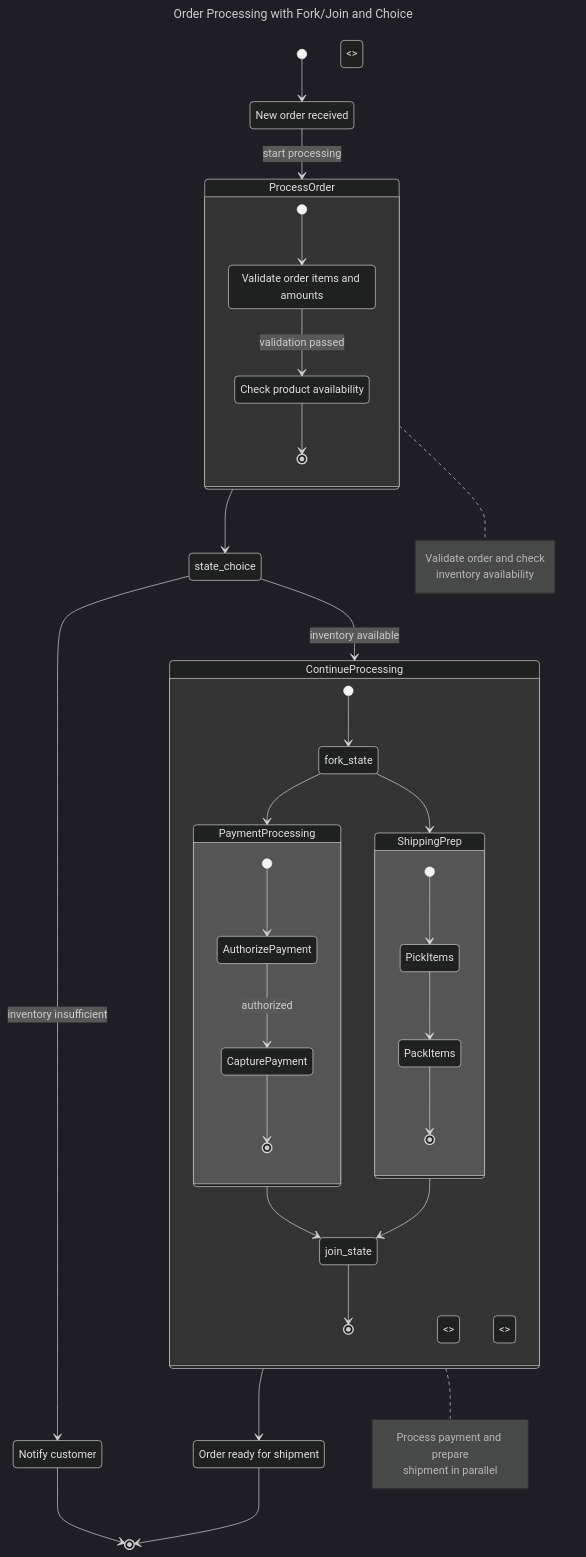
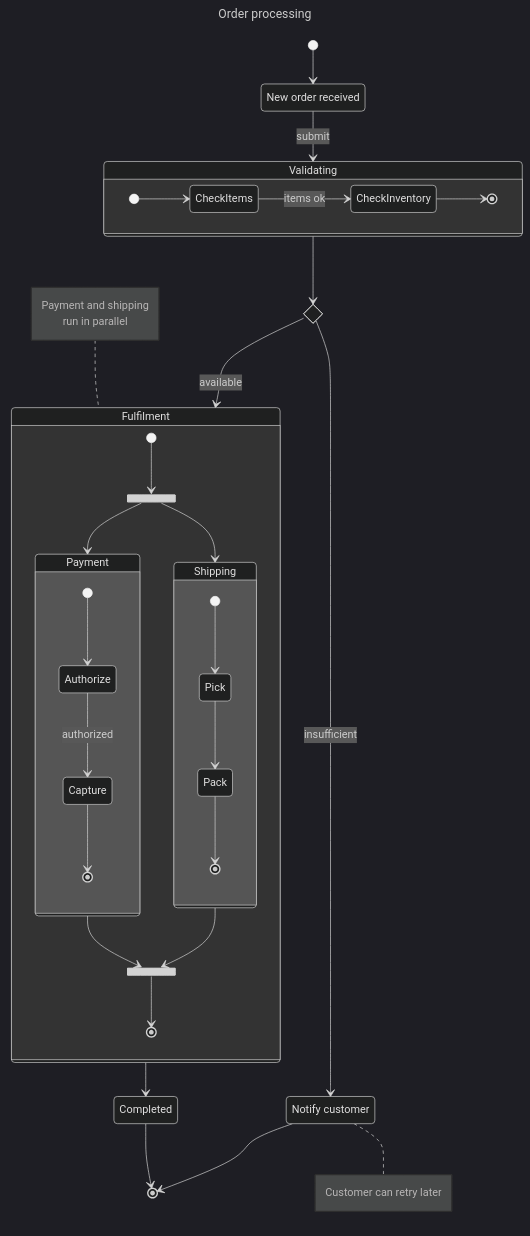
The diagram in examples/state/order_processing.mmd (mark3labs/mergo), drawn with Mermaid (dark theme) before and after one commit. The commit also changed 5 other files, not shown here.

Commit message:
Rewrite state diagrams: composites, regions, notes, pseudo states

```diff
--- a/examples/state/order_processing.mmd
+++ b/examples/state/order_processing.mmd
@@ -1,68 +1,50 @@
 ---
-title: Order Processing with Fork/Join and Choice
+title: Order processing
 ---
 stateDiagram-v2
     direction TB
+    state if_stock <<choice>>
+    [*] --> Received
+    Received : New order received
+    Received --> Validating : submit
 
-    [*] --> OrderReceived
-
-    OrderReceived : New order received
-
-    state ProcessOrder {
-        direction TB
-        [*] --> ValidateOrder
-        ValidateOrder : Validate order items and amounts
-        ValidateOrder --> CheckInventory : validation passed
-        CheckInventory : Check product availability
+    state Validating {
+        direction LR
+        [*] --> CheckItems
+        CheckItems --> CheckInventory : items ok
         CheckInventory --> [*]
     }
-
-    OrderReceived --> ProcessOrder : start processing
-
-    ProcessOrder --> state_choice <<choice>>
-
-    state_choice --> OutOfStock : inventory insufficient
-    state_choice --> ContinueProcessing : inventory available
-
+    Validating --> if_stock
+    if_stock --> OutOfStock : insufficient
+    if_stock --> Fulfilment : available
     OutOfStock : Notify customer
-
     OutOfStock --> [*]
 
-    state ContinueProcessing {
-        direction TB
-        [*] --> fork_state <<fork>>
-        fork_state --> PaymentProcessing
-        fork_state --> ShippingPrep
-
-        state PaymentProcessing {
-            [*] --> AuthorizePayment
-            AuthorizePayment --> CapturePayment : authorized
-            CapturePayment --> [*]
+    state Fulfilment {
+        state fork_state <<fork>>
+        state join_state <<join>>
+        [*] --> fork_state
+        fork_state --> Payment
+        fork_state --> Shipping
+        state Payment {
+            [*] --> Authorize
+            Authorize --> Capture : authorized
+            Capture --> [*]
         }
-
-        state ShippingPrep {
-            [*] --> PickItems
-            PickItems --> PackItems
-            PackItems --> [*]
+        state Shipping {
+            [*] --> Pick
+            Pick --> Pack
+            Pack --> [*]
         }
-
-        PaymentProcessing --> join_state <<join>>
-        ShippingPrep --> join_state <<join>>
+        Payment --> join_state
+        Shipping --> join_state
         join_state --> [*]
     }
+    Fulfilment --> Completed
+    Completed --> [*]
 
-    ContinueProcessing --> OrderComplete
-
-    OrderComplete : Order ready for shipment
-
-    OrderComplete --> [*]
-
-    note right of ProcessOrder
-        Validate order and check
-        inventory availability
+    note right of OutOfStock : Customer can retry later
+    note left of Fulfilment
+        Payment and shipping
+        run in parallel
     end note
-
-    note right of ContinueProcessing
-        Process payment and prepare
-        shipment in parallel
-    end note
```
